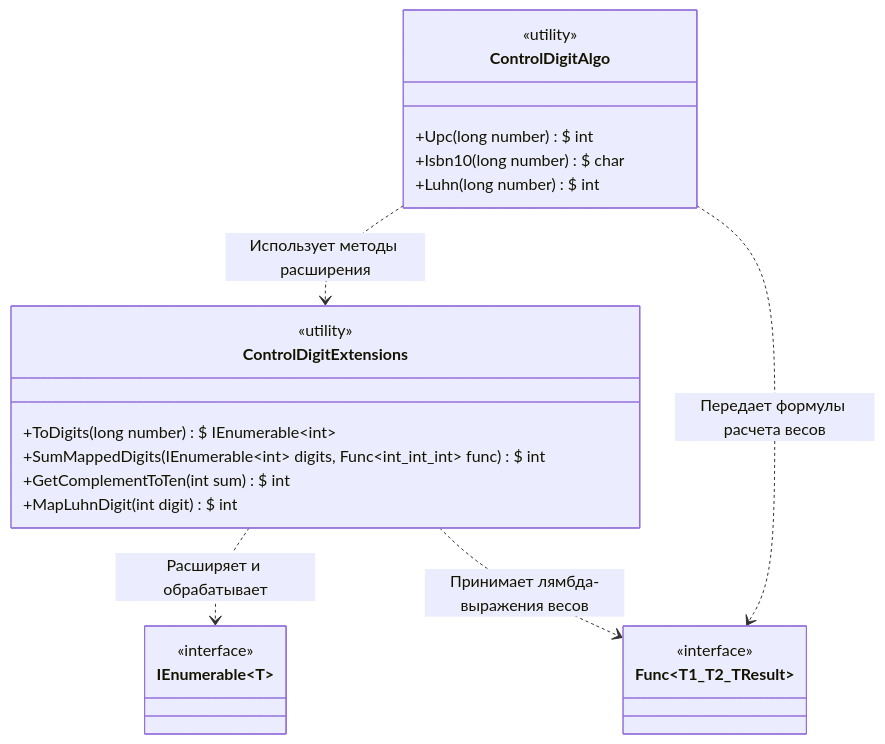
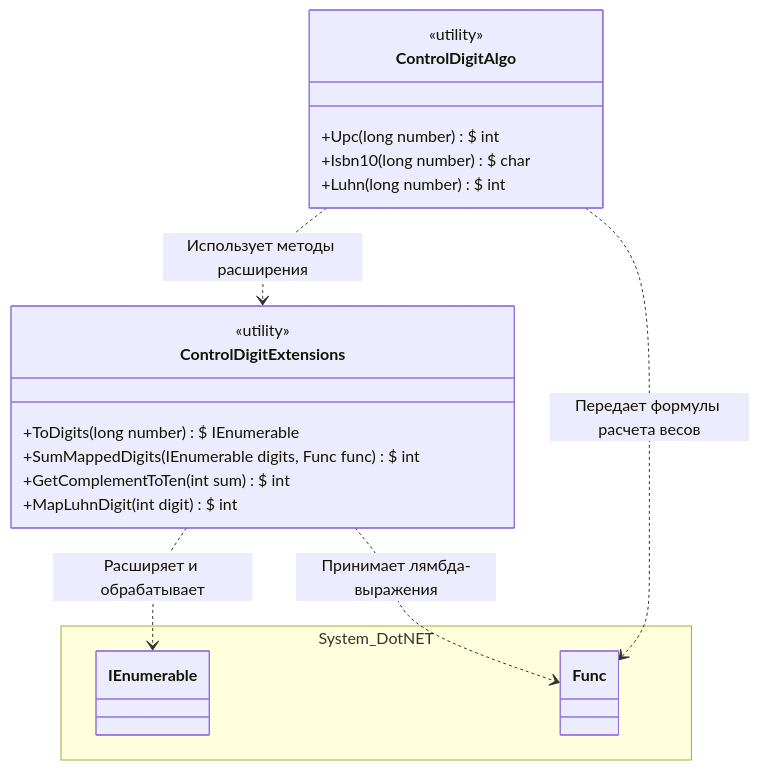
The diagram in razriad.md (NingerangorOid/Praktika_2026), drawn with Mermaid before and after one commit.

Commit message:
final version

````diff
--- a/razriad.md
+++ b/razriad.md
@@ -1,36 +1,33 @@
 ```mermaid
 classDiagram
     %% Статический класс основных алгоритмов
     class ControlDigitAlgo {
         <<utility>>
         +Upc(long number)\$ int
         +Isbn10(long number)\$ char
         +Luhn(long number)\$ int
     }
 
     %% Статический класс с методами расширения для коллекций
     class ControlDigitExtensions {
         <<utility>>
-        +ToDigits(long number)\$ IEnumerable~int~
-        +SumMappedDigits(IEnumerable~int~ digits, Func~int_int_int~ func)\$ int
+        +ToDigits(long number)\$ IEnumerable
+        +SumMappedDigits(IEnumerable digits, Func func)\$ int
         +GetComplementToTen(int sum)\$ int
         +MapLuhnDigit(int digit)\$ int
     }
 
-    %% Системные зависимости .NET, воспользованные в архитектуре
-    class IEnumerable~T~ {
-        <<interface>>
+    %% Группировка внешних зависимостей .NET 
+    namespace System_DotNET {
+        class IEnumerable
+        class Func
     }
 
-    class Func~T1_T2_TResult~ {
-        <<interface>>
-    }
-
-    %% Связи зависимостей и методов расширения
+    %% Связи зависимостей и использования методов расширения
     ControlDigitAlgo ..> ControlDigitExtensions : Использует методы расширения
-    ControlDigitExtensions ..> IEnumerable~T~ : Расширяет и обрабатывает
-    ControlDigitExtensions ..> Func~T1_T2_TResult~ : Принимает лямбда-выражения весов
+    ControlDigitExtensions ..> IEnumerable : Расширяет и обрабатывает
+    ControlDigitExtensions ..> Func : Принимает лямбда-выражения
     
-    %% Логические зависимости самих алгоритмов от функций высшего порядка
-    ControlDigitAlgo ..> Func~T1_T2_TResult~ : Передает формулы расчета весов
+    %% Логические зависимости алгоритмов от функций высшего порядка
+    ControlDigitAlgo ..> Func : Передает формулы расчета весов
 ```
````
